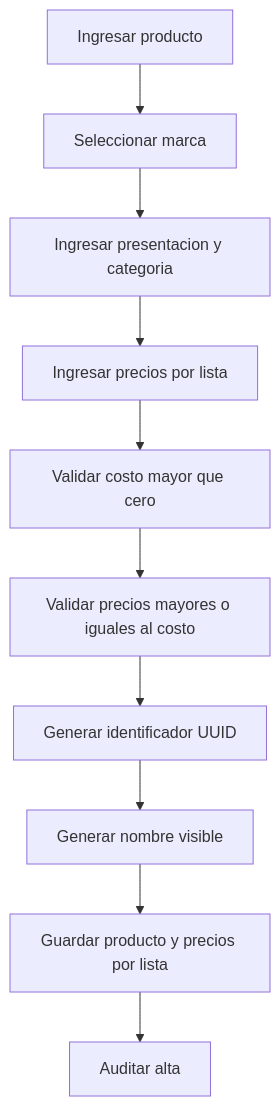
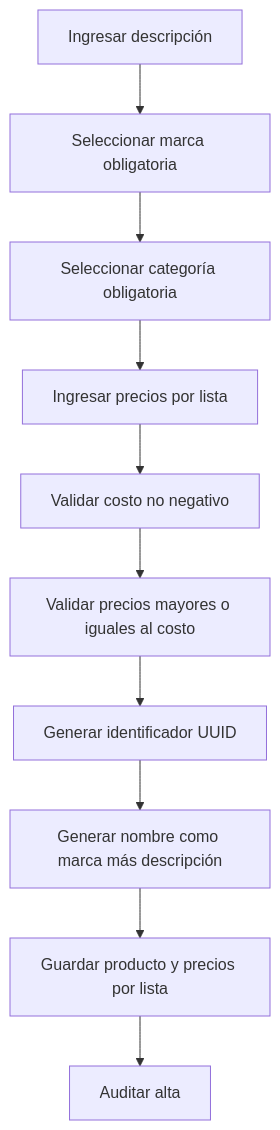
Before and after one commit to Martinrc93/distribuidoraCore: the diagram in docs/diagrams/catalog/flow-create-product.md, drawn with Mermaid. The commit also changed other lines of this file and 79 other files, not shown here.

````diff
--- a/docs/diagrams/catalog/flow-create-product.md
+++ b/docs/diagrams/catalog/flow-create-product.md
@@ -5,12 +5,12 @@
 ```mermaid
 flowchart TD
-    A[Ingresar producto] --> B[Seleccionar marca]
-    B --> C[Ingresar presentacion y categoria]
+    A[Ingresar descripción] --> B[Seleccionar marca obligatoria]
+    B --> C[Seleccionar categoría obligatoria]
     C --> D[Ingresar precios por lista]
-    D --> E[Validar costo mayor que cero]
+    D --> E[Validar costo no negativo]
     E --> F[Validar precios mayores o iguales al costo]
     F --> G[Generar identificador UUID]
-    G --> H[Generar nombre visible]
+    G --> H[Generar nombre como marca más descripción]
     H --> I[Guardar producto y precios por lista]
     I --> J[Auditar alta]
 ```
````
